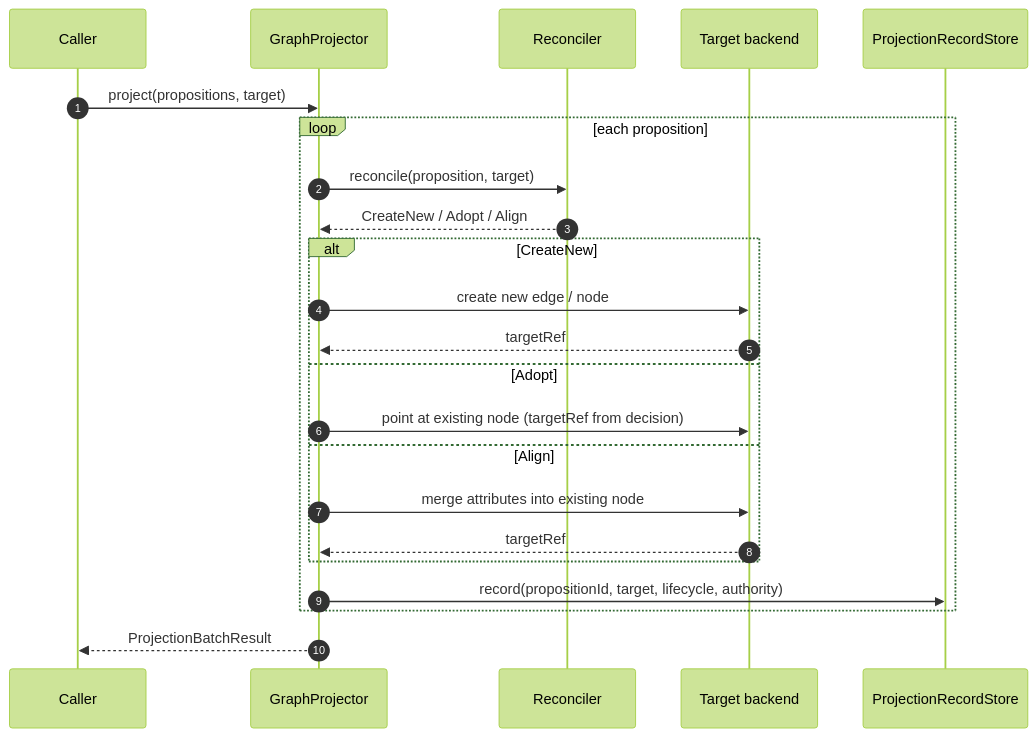
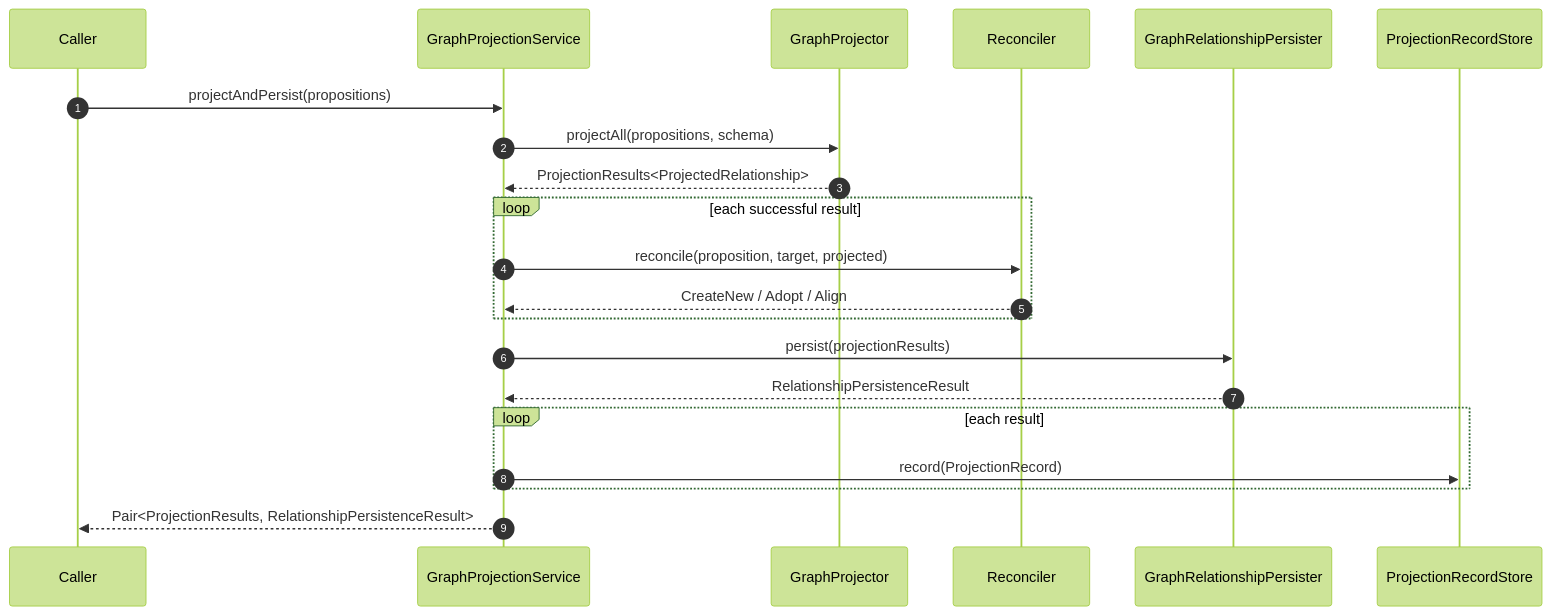
One commit to embabel/dice changed the first of 4 diagrams in docs/design/graph-projection.md. Above: the diagram before and after it, drawn with Mermaid (forest theme). The commit also changed other lines of this file and 19 other files, not shown here.

````diff
--- a/docs/design/graph-projection.md
+++ b/docs/design/graph-projection.md
@@ -15,25 +15,23 @@
 ```mermaid
 sequenceDiagram
     autonumber
     participant Caller
+    participant Service as GraphProjectionService
     participant Projector as GraphProjector
     participant Reconciler
-    participant Backend as Target backend
+    participant Backend as GraphRelationshipPersister
     participant Records as ProjectionRecordStore
-    Caller->>Projector: project(propositions, target)
-    loop each proposition
-        Projector->>Reconciler: reconcile(proposition, target)
-        Reconciler-->>Projector: CreateNew / Adopt / Align
-        alt CreateNew
-            Projector->>Backend: create new edge / node
-            Backend-->>Projector: targetRef
-        else Adopt
-            Projector->>Backend: point at existing node (targetRef from decision)
-        else Align
-            Projector->>Backend: merge attributes into existing node
-            Backend-->>Projector: targetRef
-        end
-        Projector->>Records: record(propositionId, target, lifecycle, authority)
+    Caller->>Service: projectAndPersist(propositions)
+    Service->>Projector: projectAll(propositions, schema)
+    Projector-->>Service: ProjectionResults<ProjectedRelationship>
+    loop each successful result
+        Service->>Reconciler: reconcile(proposition, target, projected)
+        Reconciler-->>Service: CreateNew / Adopt / Align
     end
-    Projector-->>Caller: ProjectionBatchResult
+    Service->>Backend: persist(projectionResults)
+    Backend-->>Service: RelationshipPersistenceResult
+    loop each result
+        Service->>Records: record(ProjectionRecord)
+    end
+    Service-->>Caller: Pair<ProjectionResults, RelationshipPersistenceResult>
 ```
````
